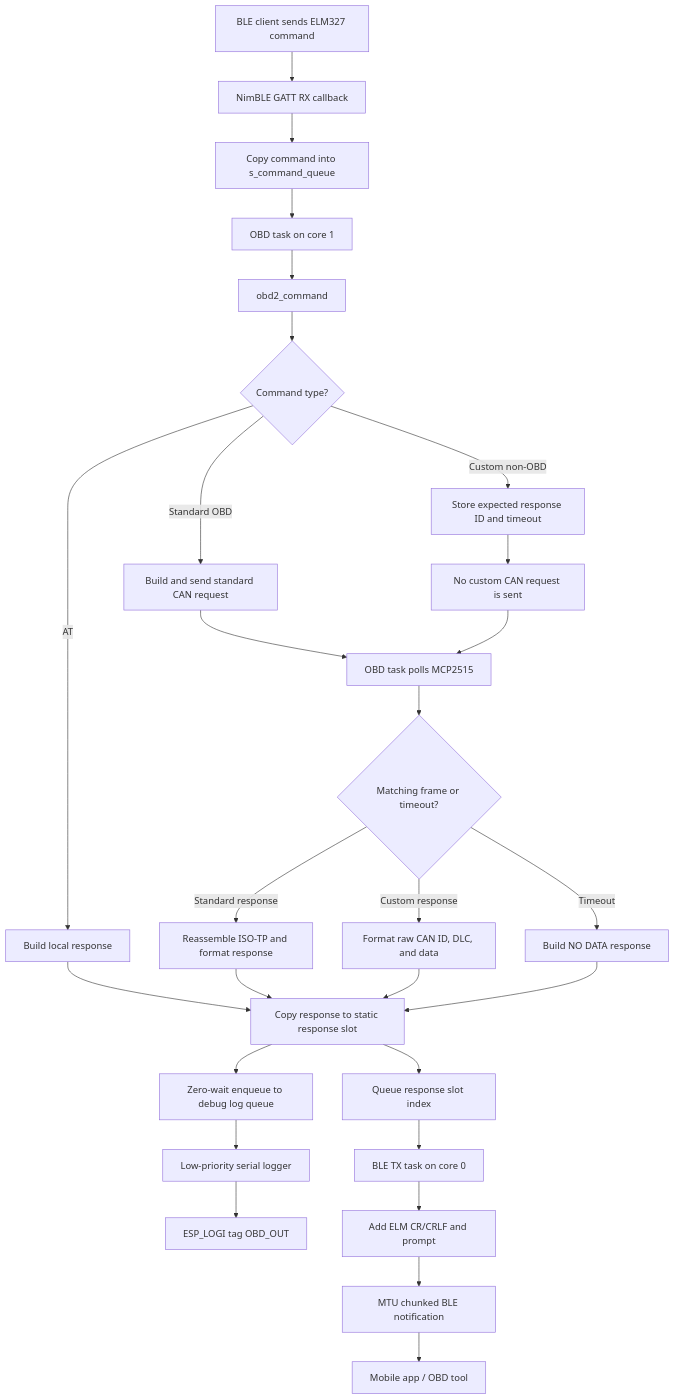
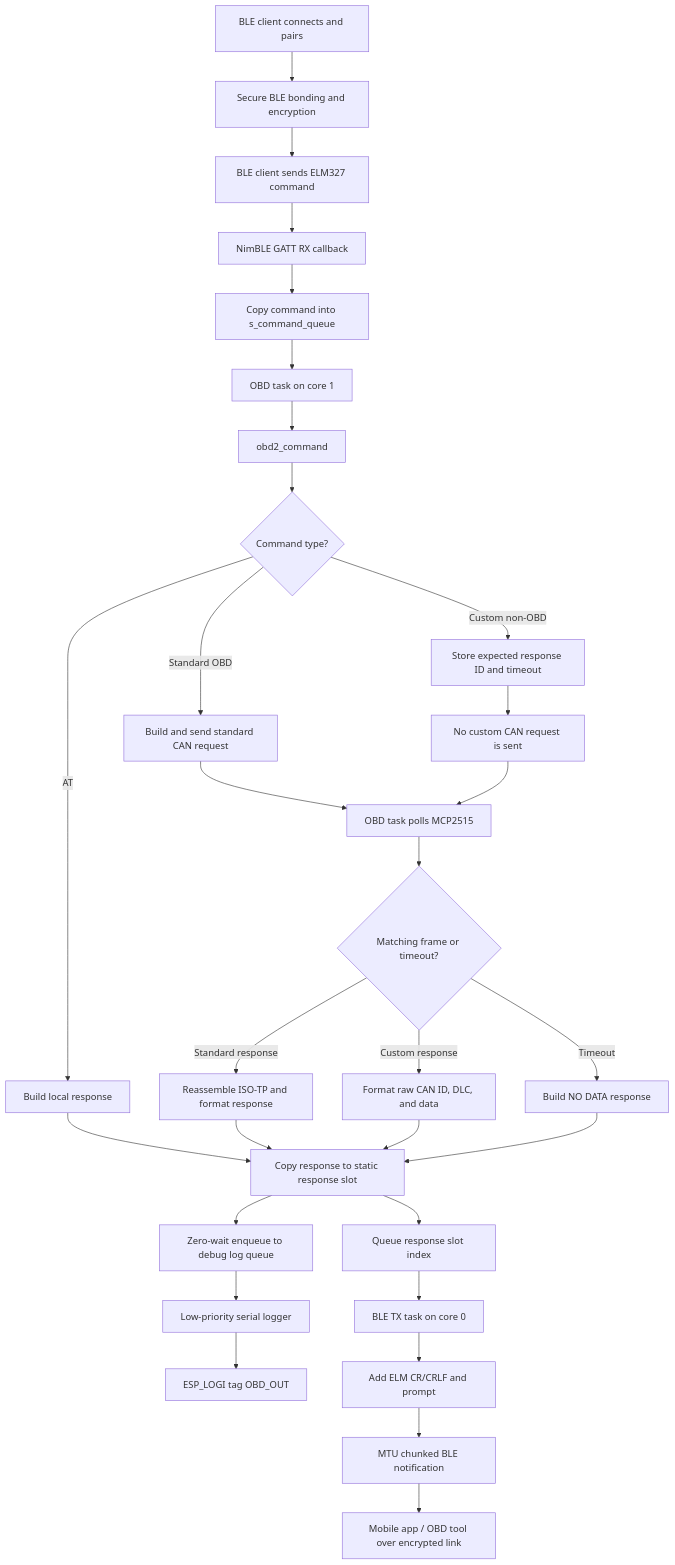
The first of 7 diagrams in OBD_BLE_FreeRTOS_C/flowchart.md (ASTI-ITS/ITS-test), drawn with Mermaid before and after one commit. The commit also changed 6 other files, not shown here.

Commit message:
added nonStandardPID for NV350

````diff
--- a/OBD_BLE_FreeRTOS_C/flowchart.md
+++ b/OBD_BLE_FreeRTOS_C/flowchart.md
@@ -7,30 +7,32 @@
 ```mermaid
 graph TD
-    A[BLE client sends ELM327 command] --> B[NimBLE GATT RX callback]
-    B --> C[Copy command into s_command_queue]
-    C --> D[OBD task on core 1]
-    D --> E[obd2_command]
-    E --> F{Command type?}
-    F -- AT --> G[Build local response]
-    F -- Standard OBD --> H[Build and send standard CAN request]
-    F -- Custom non-OBD --> I[Store expected response ID and timeout]
-    I --> J[No custom CAN request is sent]
-    H --> K[OBD task polls MCP2515]
-    J --> K
-    K --> L{Matching frame or timeout?}
-    L -- Standard response --> M[Reassemble ISO-TP and format response]
-    L -- Custom response --> N[Format raw CAN ID, DLC, and data]
-    L -- Timeout --> O[Build NO DATA response]
-    G --> P[Copy response to static response slot]
-    M --> P
-    N --> P
-    O --> P
-    P --> Q[Zero-wait enqueue to debug log queue]
-    Q --> R[Low-priority serial logger]
-    R --> S[ESP_LOGI tag OBD_OUT]
-    P --> T[Queue response slot index]
-    T --> V[BLE TX task on core 0]
-    V --> W[Add ELM CR/CRLF and prompt]
-    W --> X[MTU chunked BLE notification]
-    X --> U[Mobile app / OBD tool]
+    A[BLE client connects and pairs] --> B[Secure BLE bonding and encryption]
+    B --> C[BLE client sends ELM327 command]
+    C --> D[NimBLE GATT RX callback]
+    D --> E[Copy command into s_command_queue]
+    E --> F[OBD task on core 1]
+    F --> G[obd2_command]
+    G --> H{Command type?}
+    H -- AT --> I[Build local response]
+    H -- Standard OBD --> J[Build and send standard CAN request]
+    H -- Custom non-OBD --> K[Store expected response ID and timeout]
+    K --> L[No custom CAN request is sent]
+    J --> M[OBD task polls MCP2515]
+    L --> M
+    M --> N{Matching frame or timeout?}
+    N -- Standard response --> O[Reassemble ISO-TP and format response]
+    N -- Custom response --> P[Format raw CAN ID, DLC, and data]
+    N -- Timeout --> Q[Build NO DATA response]
+    I --> R[Copy response to static response slot]
+    O --> R
+    P --> R
+    Q --> R
+    R --> S[Zero-wait enqueue to debug log queue]
+    S --> T[Low-priority serial logger]
+    T --> U[ESP_LOGI tag OBD_OUT]
+    R --> V[Queue response slot index]
+    V --> W[BLE TX task on core 0]
+    W --> X[Add ELM CR/CRLF and prompt]
+    X --> Y[MTU chunked BLE notification]
+    Y --> Z[Mobile app / OBD tool over encrypted link]
 ```
````
